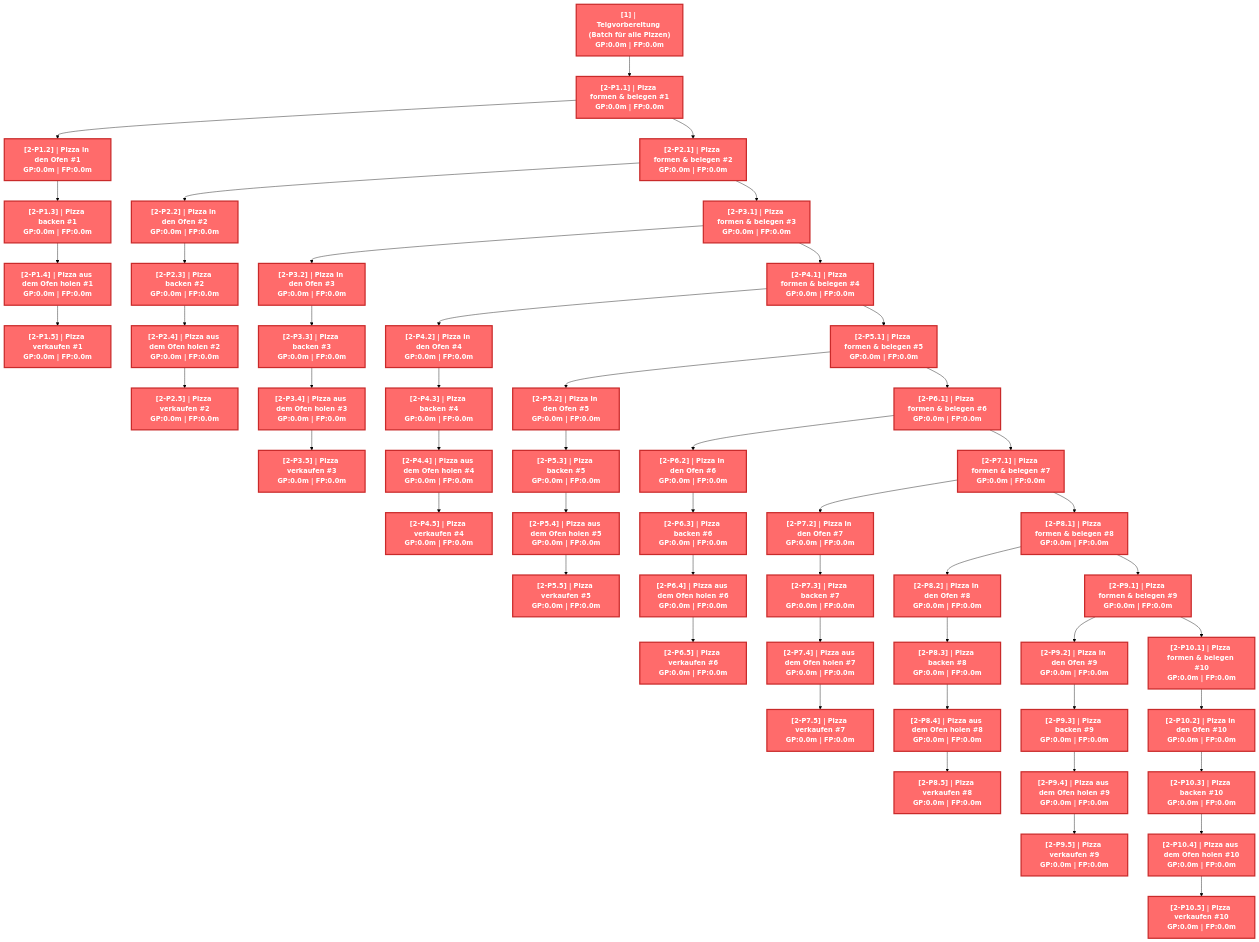
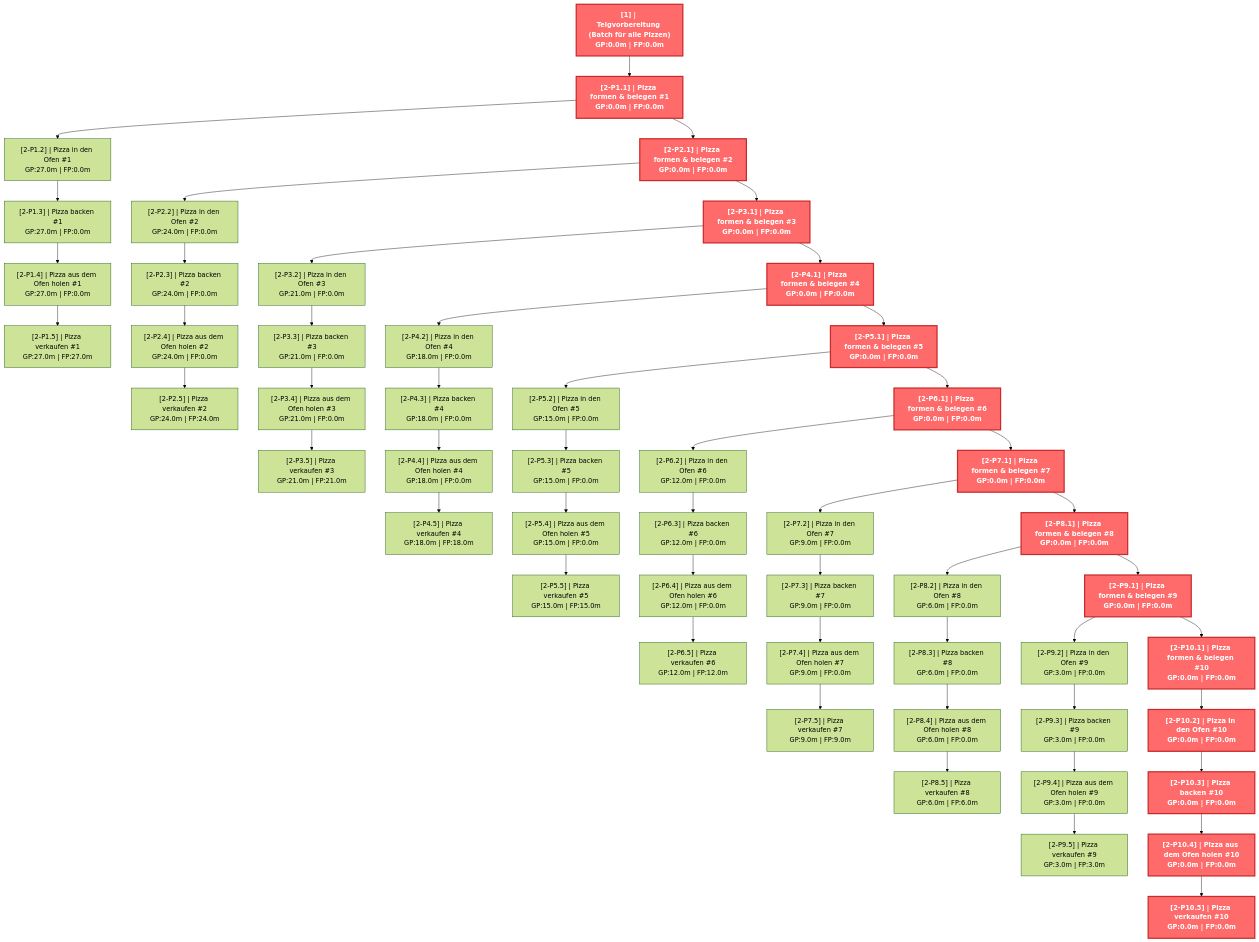
The first of 5 diagrams in tests/golden/pizzas.md (mistamichael/sproject), drawn with Mermaid (forest theme) before and after one commit. The commit also changed other lines of this file and 23 other files, not shown here.

```diff
--- a/tests/golden/pizzas.md
+++ b/tests/golden/pizzas.md
@@ -80,50 +44,50 @@
 
     N1["<b>[1] | Teigvorbereitung (Batch für alle Pizzen)<br/>GP:0.0m | FP:0.0m</b>"]:::critical
     N2-P1.1["<b>[2-P1.1] | Pizza formen & belegen #1<br/>GP:0.0m | FP:0.0m</b>"]:::critical
-    N2-P1.2["<b>[2-P1.2] | Pizza in den Ofen #1<br/>GP:0.0m | FP:0.0m</b>"]:::critical
-    N2-P1.3["<b>[2-P1.3] | Pizza backen #1<br/>GP:0.0m | FP:0.0m</b>"]:::critical
-    N2-P1.4["<b>[2-P1.4] | Pizza aus dem Ofen holen #1<br/>GP:0.0m | FP:0.0m</b>"]:::critical
-    N2-P1.5["<b>[2-P1.5] | Pizza verkaufen #1<br/>GP:0.0m | FP:0.0m</b>"]:::critical
+    N2-P1.2["[2-P1.2] | Pizza in den Ofen #1<br/>GP:27.0m | FP:0.0m"]
+    N2-P1.3["[2-P1.3] | Pizza backen #1<br/>GP:27.0m | FP:0.0m"]
+    N2-P1.4["[2-P1.4] | Pizza aus dem Ofen holen #1<br/>GP:27.0m | FP:0.0m"]
+    N2-P1.5["[2-P1.5] | Pizza verkaufen #1<br/>GP:27.0m | FP:27.0m"]
     N2-P2.1["<b>[2-P2.1] | Pizza formen & belegen #2<br/>GP:0.0m | FP:0.0m</b>"]:::critical
-    N2-P2.2["<b>[2-P2.2] | Pizza in den Ofen #2<br/>GP:0.0m | FP:0.0m</b>"]:::critical
-    N2-P2.3["<b>[2-P2.3] | Pizza backen #2<br/>GP:0.0m | FP:0.0m</b>"]:::critical
-    N2-P2.4["<b>[2-P2.4] | Pizza aus dem Ofen holen #2<br/>GP:0.0m | FP:0.0m</b>"]:::critical
-    N2-P2.5["<b>[2-P2.5] | Pizza verkaufen #2<br/>GP:0.0m | FP:0.0m</b>"]:::critical
+    N2-P2.2["[2-P2.2] | Pizza in den Ofen #2<br/>GP:24.0m | FP:0.0m"]
+    N2-P2.3["[2-P2.3] | Pizza backen #2<br/>GP:24.0m | FP:0.0m"]
+    N2-P2.4["[2-P2.4] | Pizza aus dem Ofen holen #2<br/>GP:24.0m | FP:0.0m"]
+    N2-P2.5["[2-P2.5] | Pizza verkaufen #2<br/>GP:24.0m | FP:24.0m"]
     N2-P3.1["<b>[2-P3.1] | Pizza formen & belegen #3<br/>GP:0.0m | FP:0.0m</b>"]:::critical
-    N2-P3.2["<b>[2-P3.2] | Pizza in den Ofen #3<br/>GP:0.0m | FP:0.0m</b>"]:::critical
-    N2-P3.3["<b>[2-P3.3] | Pizza backen #3<br/>GP:0.0m | FP:0.0m</b>"]:::critical
-    N2-P3.4["<b>[2-P3.4] | Pizza aus dem Ofen holen #3<br/>GP:0.0m | FP:0.0m</b>"]:::critical
-    N2-P3.5["<b>[2-P3.5] | Pizza verkaufen #3<br/>GP:0.0m | FP:0.0m</b>"]:::critical
+    N2-P3.2["[2-P3.2] | Pizza in den Ofen #3<br/>GP:21.0m | FP:0.0m"]
+    N2-P3.3["[2-P3.3] | Pizza backen #3<br/>GP:21.0m | FP:0.0m"]
+    N2-P3.4["[2-P3.4] | Pizza aus dem Ofen holen #3<br/>GP:21.0m | FP:0.0m"]
+    N2-P3.5["[2-P3.5] | Pizza verkaufen #3<br/>GP:21.0m | FP:21.0m"]
     N2-P4.1["<b>[2-P4.1] | Pizza formen & belegen #4<br/>GP:0.0m | FP:0.0m</b>"]:::critical
-    N2-P4.2["<b>[2-P4.2] | Pizza in den Ofen #4<br/>GP:0.0m | FP:0.0m</b>"]:::critical
-    N2-P4.3["<b>[2-P4.3] | Pizza backen #4<br/>GP:0.0m | FP:0.0m</b>"]:::critical
-    N2-P4.4["<b>[2-P4.4] | Pizza aus dem Ofen holen #4<br/>GP:0.0m | FP:0.0m</b>"]:::critical
-    N2-P4.5["<b>[2-P4.5] | Pizza verkaufen #4<br/>GP:0.0m | FP:0.0m</b>"]:::critical
+    N2-P4.2["[2-P4.2] | Pizza in den Ofen #4<br/>GP:18.0m | FP:0.0m"]
+    N2-P4.3["[2-P4.3] | Pizza backen #4<br/>GP:18.0m | FP:0.0m"]
+    N2-P4.4["[2-P4.4] | Pizza aus dem Ofen holen #4<br/>GP:18.0m | FP:0.0m"]
+    N2-P4.5["[2-P4.5] | Pizza verkaufen #4<br/>GP:18.0m | FP:18.0m"]
     N2-P5.1["<b>[2-P5.1] | Pizza formen & belegen #5<br/>GP:0.0m | FP:0.0m</b>"]:::critical
-    N2-P5.2["<b>[2-P5.2] | Pizza in den Ofen #5<br/>GP:0.0m | FP:0.0m</b>"]:::critical
-    N2-P5.3["<b>[2-P5.3] | Pizza backen #5<br/>GP:0.0m | FP:0.0m</b>"]:::critical
-    N2-P5.4["<b>[2-P5.4] | Pizza aus dem Ofen holen #5<br/>GP:0.0m | FP:0.0m</b>"]:::critical
-    N2-P5.5["<b>[2-P5.5] | Pizza verkaufen #5<br/>GP:0.0m | FP:0.0m</b>"]:::critical
+    N2-P5.2["[2-P5.2] | Pizza in den Ofen #5<br/>GP:15.0m | FP:0.0m"]
+    N2-P5.3["[2-P5.3] | Pizza backen #5<br/>GP:15.0m | FP:0.0m"]
+    N2-P5.4["[2-P5.4] | Pizza aus dem Ofen holen #5<br/>GP:15.0m | FP:0.0m"]
+    N2-P5.5["[2-P5.5] | Pizza verkaufen #5<br/>GP:15.0m | FP:15.0m"]
     N2-P6.1["<b>[2-P6.1] | Pizza formen & belegen #6<br/>GP:0.0m | FP:0.0m</b>"]:::critical
-    N2-P6.2["<b>[2-P6.2] | Pizza in den Ofen #6<br/>GP:0.0m | FP:0.0m</b>"]:::critical
-    N2-P6.3["<b>[2-P6.3] | Pizza backen #6<br/>GP:0.0m | FP:0.0m</b>"]:::critical
-    N2-P6.4["<b>[2-P6.4] | Pizza aus dem Ofen holen #6<br/>GP:0.0m | FP:0.0m</b>"]:::critical
-    N2-P6.5["<b>[2-P6.5] | Pizza verkaufen #6<br/>GP:0.0m | FP:0.0m</b>"]:::critical
+    N2-P6.2["[2-P6.2] | Pizza in den Ofen #6<br/>GP:12.0m | FP:0.0m"]
+    N2-P6.3["[2-P6.3] | Pizza backen #6<br/>GP:12.0m | FP:0.0m"]
+    N2-P6.4["[2-P6.4] | Pizza aus dem Ofen holen #6<br/>GP:12.0m | FP:0.0m"]
+    N2-P6.5["[2-P6.5] | Pizza verkaufen #6<br/>GP:12.0m | FP:12.0m"]
     N2-P7.1["<b>[2-P7.1] | Pizza formen & belegen #7<br/>GP:0.0m | FP:0.0m</b>"]:::critical
-    N2-P7.2["<b>[2-P7.2] | Pizza in den Ofen #7<br/>GP:0.0m | FP:0.0m</b>"]:::critical
-    N2-P7.3["<b>[2-P7.3] | Pizza backen #7<br/>GP:0.0m | FP:0.0m</b>"]:::critical
-    N2-P7.4["<b>[2-P7.4] | Pizza aus dem Ofen holen #7<br/>GP:0.0m | FP:0.0m</b>"]:::critical
-    N2-P7.5["<b>[2-P7.5] | Pizza verkaufen #7<br/>GP:0.0m | FP:0.0m</b>"]:::critical
+    N2-P7.2["[2-P7.2] | Pizza in den Ofen #7<br/>GP:9.0m | FP:0.0m"]
+    N2-P7.3["[2-P7.3] | Pizza backen #7<br/>GP:9.0m | FP:0.0m"]
+    N2-P7.4["[2-P7.4] | Pizza aus dem Ofen holen #7<br/>GP:9.0m | FP:0.0m"]
+    N2-P7.5["[2-P7.5] | Pizza verkaufen #7<br/>GP:9.0m | FP:9.0m"]
     N2-P8.1["<b>[2-P8.1] | Pizza formen & belegen #8<br/>GP:0.0m | FP:0.0m</b>"]:::critical
-    N2-P8.2["<b>[2-P8.2] | Pizza in den Ofen #8<br/>GP:0.0m | FP:0.0m</b>"]:::critical
-    N2-P8.3["<b>[2-P8.3] | Pizza backen #8<br/>GP:0.0m | FP:0.0m</b>"]:::critical
-    N2-P8.4["<b>[2-P8.4] | Pizza aus dem Ofen holen #8<br/>GP:0.0m | FP:0.0m</b>"]:::critical
-    N2-P8.5["<b>[2-P8.5] | Pizza verkaufen #8<br/>GP:0.0m | FP:0.0m</b>"]:::critical
+    N2-P8.2["[2-P8.2] | Pizza in den Ofen #8<br/>GP:6.0m | FP:0.0m"]
+    N2-P8.3["[2-P8.3] | Pizza backen #8<br/>GP:6.0m | FP:0.0m"]
+    N2-P8.4["[2-P8.4] | Pizza aus dem Ofen holen #8<br/>GP:6.0m | FP:0.0m"]
+    N2-P8.5["[2-P8.5] | Pizza verkaufen #8<br/>GP:6.0m | FP:6.0m"]
     N2-P9.1["<b>[2-P9.1] | Pizza formen & belegen #9<br/>GP:0.0m | FP:0.0m</b>"]:::critical
-    N2-P9.2["<b>[2-P9.2] | Pizza in den Ofen #9<br/>GP:0.0m | FP:0.0m</b>"]:::critical
-    N2-P9.3["<b>[2-P9.3] | Pizza backen #9<br/>GP:0.0m | FP:0.0m</b>"]:::critical
-    N2-P9.4["<b>[2-P9.4] | Pizza aus dem Ofen holen #9<br/>GP:0.0m | FP:0.0m</b>"]:::critical
-    N2-P9.5["<b>[2-P9.5] | Pizza verkaufen #9<br/>GP:0.0m | FP:0.0m</b>"]:::critical
+    N2-P9.2["[2-P9.2] | Pizza in den Ofen #9<br/>GP:3.0m | FP:0.0m"]
+    N2-P9.3["[2-P9.3] | Pizza backen #9<br/>GP:3.0m | FP:0.0m"]
+    N2-P9.4["[2-P9.4] | Pizza aus dem Ofen holen #9<br/>GP:3.0m | FP:0.0m"]
+    N2-P9.5["[2-P9.5] | Pizza verkaufen #9<br/>GP:3.0m | FP:3.0m"]
     N2-P10.1["<b>[2-P10.1] | Pizza formen & belegen #10<br/>GP:0.0m | FP:0.0m</b>"]:::critical
     N2-P10.2["<b>[2-P10.2] | Pizza in den Ofen #10<br/>GP:0.0m | FP:0.0m</b>"]:::critical
     N2-P10.3["<b>[2-P10.3] | Pizza backen #10<br/>GP:0.0m | FP:0.0m</b>"]:::critical
```
